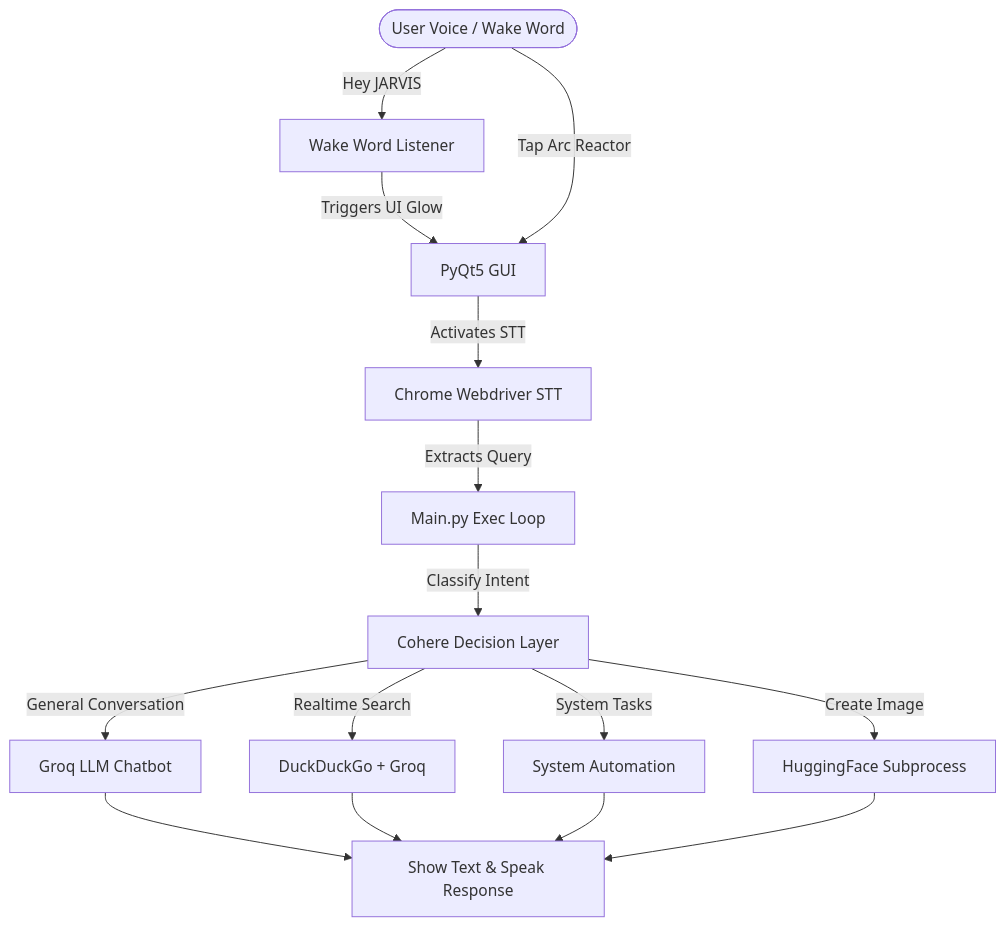
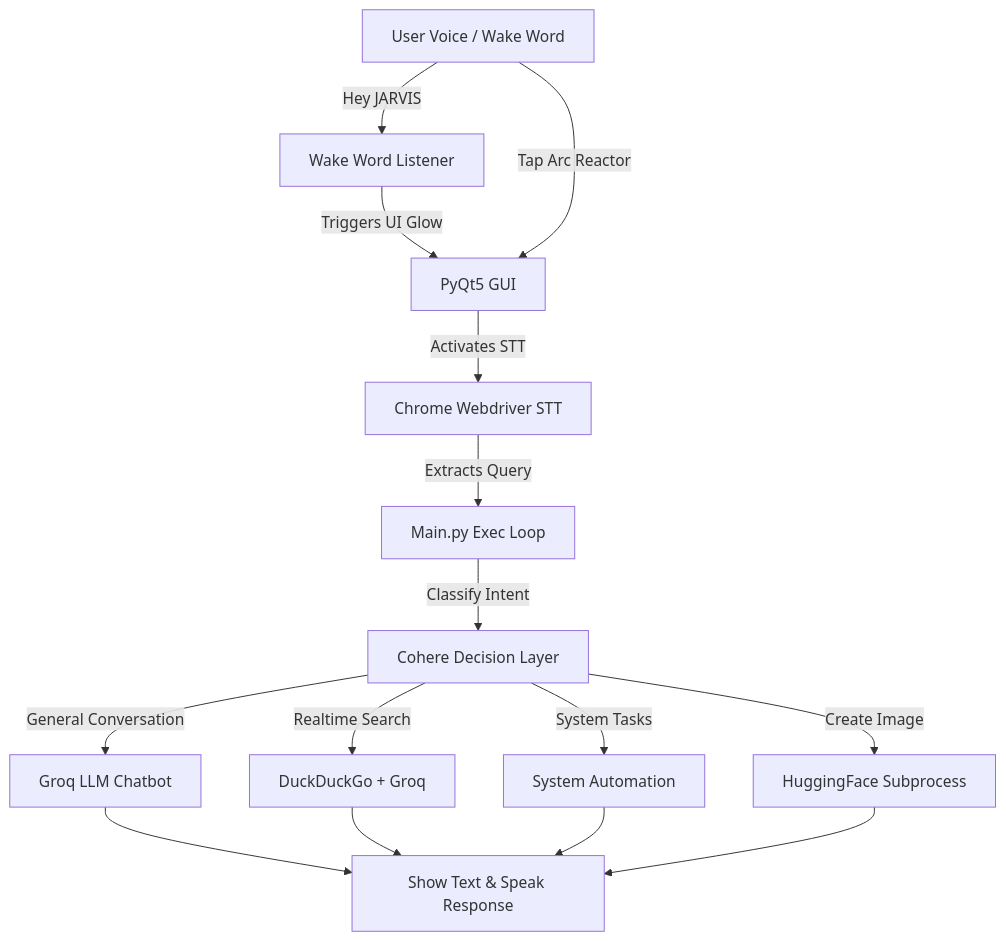
One commit to Himanshu-Singh11/JARVIS-AI changed the diagram in README.md. Above: the diagram before and after it, drawn with Mermaid.

Commit message:
Fix Mermaid syntax in README.md

````diff
--- a/README.md
+++ b/README.md
@@ -40,19 +40,19 @@
 ```mermaid
 graph TD
-    User([User Voice / Wake Word]) --> |Hey JARVIS| WakeThread[Wake Word Listener]
-    WakeThread -->|Triggers UI Glow| GUI[PyQt5 GUI]
+    User["User Voice / Wake Word"] -->|Hey JARVIS| WakeThread["Wake Word Listener"]
+    WakeThread -->|Triggers UI Glow| GUI["PyQt5 GUI"]
     User -->|Tap Arc Reactor| GUI
-    GUI -->|Activates STT| STT[Chrome Webdriver STT]
-    STT -->|Extracts Query| Main[Main.py Exec Loop]
-    Main -->|Classify Intent| DMM[Cohere Decision Layer]
+    GUI -->|Activates STT| STT["Chrome Webdriver STT"]
+    STT -->|Extracts Query| Main["Main.py Exec Loop"]
+    Main -->|Classify Intent| DMM["Cohere Decision Layer"]
     
-    DMM -->|General Conversation| Chat[Groq LLM Chatbot]
-    DMM -->|Realtime Search| Search[DuckDuckGo + Groq]
-    DMM -->|System Tasks| Auto[System Automation]
-    DMM -->|Create Image| Img[HuggingFace Subprocess]
+    DMM -->|General Conversation| Chat["Groq LLM Chatbot"]
+    DMM -->|Realtime Search| Search["DuckDuckGo + Groq"]
+    DMM -->|System Tasks| Auto["System Automation"]
+    DMM -->|Create Image| Img["HuggingFace Subprocess"]
     
-    Chat --> Output[Show Text & Speak Response]
+    Chat --> Output["Show Text & Speak Response"]
     Search --> Output
     Auto --> Output
     Img --> Output
 ```
````
